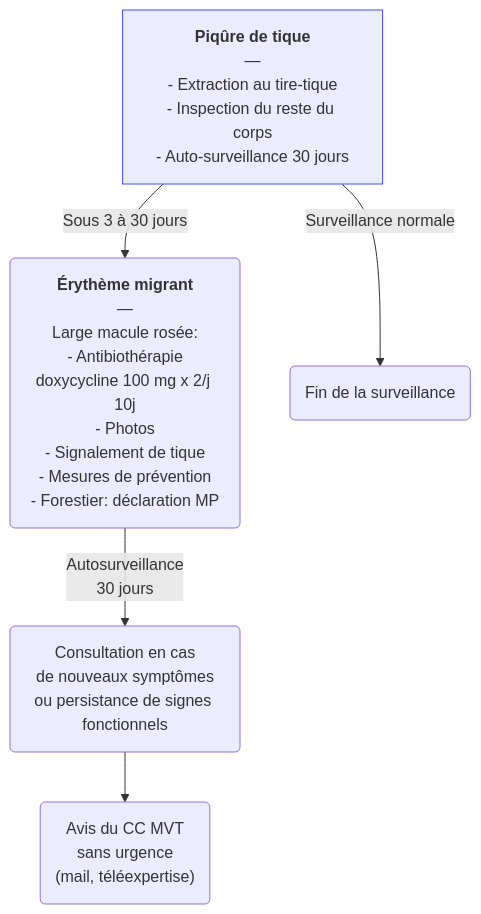
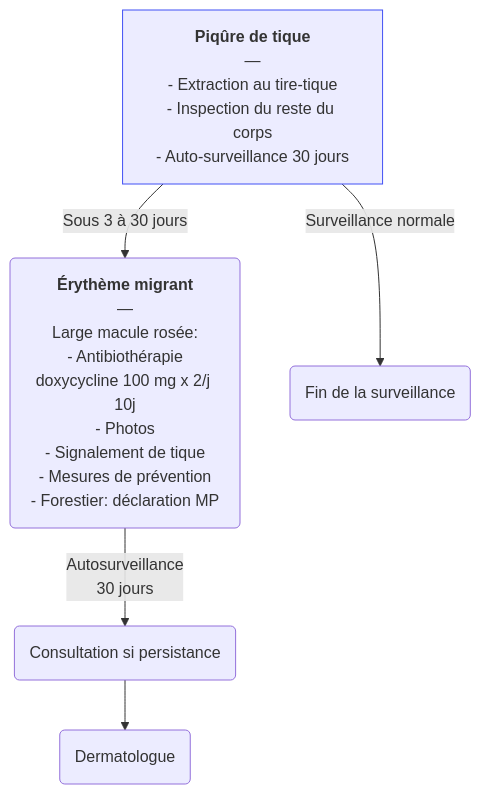
One commit to djibe/recommandations-medicales changed the diagram in content/recommandations/maladie-lyme.md. Above: the diagram before and after it, drawn with Mermaid. The commit also changed other lines of this file and 3 other files, not shown here.

```diff
--- a/content/recommandations/maladie-lyme.md
+++ b/content/recommandations/maladie-lyme.md
@@ -346,6 +345,6 @@
 {{< mermaid title="Prise en charge de l'érythème migrant par le médecin généraliste. Dr JB Fron d'après HAS 2025" >}}
 graph TB
-  suspicion["<b>Piqûre de tique</b><br>—<br>- Extraction au tire-tique<br>- Inspection du reste du corps<br>- Auto-surveillance 30 jours"] -- "Sous 3 à 30 jours" --> érythème("<b>Érythème migrant</b><br>—<br>Large macule rosée:<br>- Antibiothérapie<br>doxycycline 100 mg x 2/j 10j<br>- Photos<br>- Signalement de tique<br>- Mesures de prévention<br>- Forestier: déclaration MP") -- "Autosurveillance<br>30 jours" --> contrôle(Consultation en cas<br>de nouveaux symptômes<br>ou persistance de signes fonctionnels) --> CC("Avis du CC MVT<br>sans urgence<br>(mail, téléexpertise)")
+  suspicion["<b>Piqûre de tique</b><br>—<br>- Extraction au tire-tique<br>- Inspection du reste du corps<br>- Auto-surveillance 30 jours"] -- "Sous 3 à 30 jours" --> érythème("<b>Érythème migrant</b><br>—<br>Large macule rosée:<br>- Antibiothérapie<br>doxycycline 100 mg x 2/j 10j<br>- Photos<br>- Signalement de tique<br>- Mesures de prévention<br>- Forestier: déclaration MP") -- "Autosurveillance<br>30 jours" --> contrôle(Consultation si persistance) --> dermatologue(Dermatologue)
     suspicion -- Surveillance normale --> rien("Fin de la surveillance")
   style suspicion stroke:#4150f5, stroke-width:1px
 {{< /mermaid >}}
```
